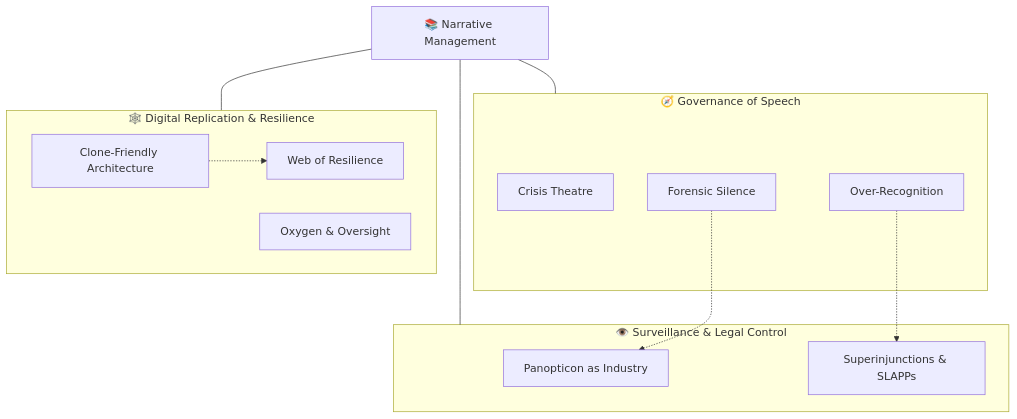
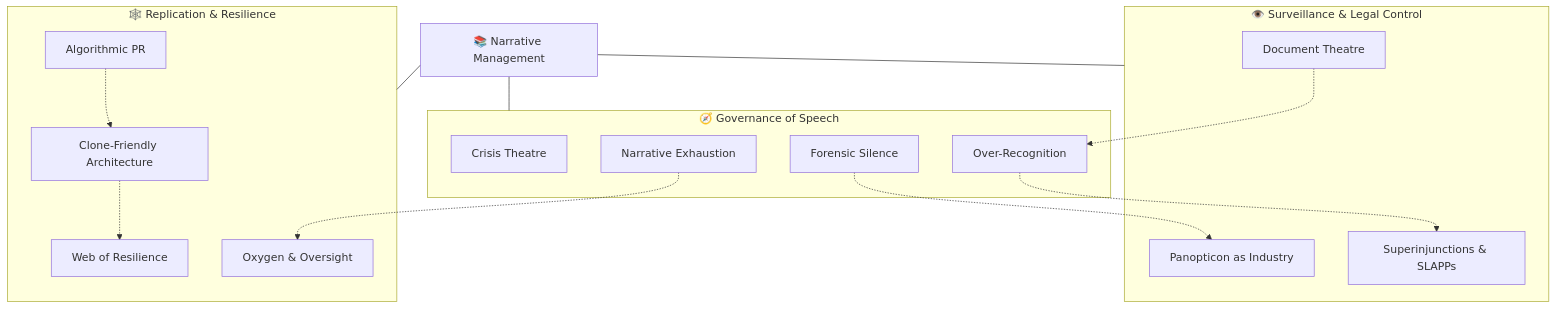
The diagram in Disruption_Kit/Big_Picture_Protocols/🌀_System_Governance/📚_Narrative_Management/README.md (josefsbreakfast/Polaris-Protocol), drawn with Mermaid before and after one commit. The commit also changed other lines of this file, not shown here.

````diff
--- a/Disruption_Kit/Big_Picture_Protocols/🌀_System_Governance/📚_Narrative_Management/README.md
+++ b/Disruption_Kit/Big_Picture_Protocols/🌀_System_Governance/📚_Narrative_Management/README.md
@@ -54,40 +139,46 @@
 ```mermaid
 graph TD
   N["📚 Narrative Management"]
 
   subgraph G1["🧭 Governance of Speech"]
     CT["Crisis Theatre"]
     FS["Forensic Silence"]
     OR["Over-Recognition"]
+    NE["Narrative Exhaustion"]
   end
 
   subgraph G2["👁️ Surveillance & Legal Control"]
     PAI["Panopticon as Industry"]
     SIR["Superinjunctions & SLAPPs"]
+    DT["Document Theatre"]
   end
 
-  subgraph G3["🕸️ Digital Replication & Resilience"]
+  subgraph G3["🕸️ Replication & Resilience"]
     CFA["Clone-Friendly Architecture"]
     WR["Web of Resilience"]
     OXO["Oxygen & Oversight"]
+    APR["Algorithmic PR"]
   end
 
   N --- G1
   N --- G2
   N --- G3
 
-  %% Cross links
+  %% Cross-links
   FS -.-> PAI
   OR -.-> SIR
+  DT -.-> OR
   CFA -.-> WR
+  APR -.-> CFA
+  NE -.-> OXO
 
   %% Clicks
   click CT href "./📚_crisis_theatre.md" "Open node"
   click FS href "./📚_forensic_silence.md" "Open node"
   click OR href "./📚_over_recognition.md" "Open node"
   click PAI href "./👁️_panopticon_as_industry.md" "Open node"
   click SIR href "./🚨_superinjunctions_slapps_rape_cases.md" "Open node"
   click CFA href "./🕸️_clone_friendly_architecture.md" "Open node"
   click WR href "./🕸️_web_of_resilience.md" "Open node"
   click OXO href "./🫁_oxygen_and_oversight.md" "Open node"
 ```
````
